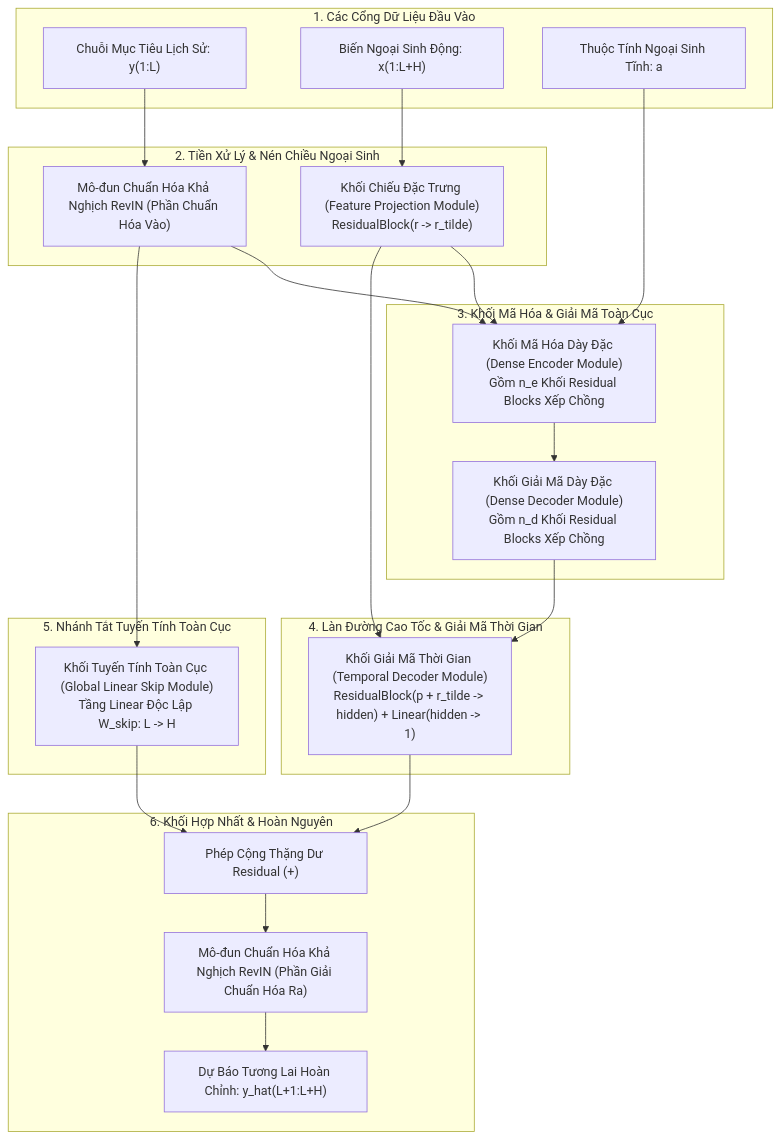
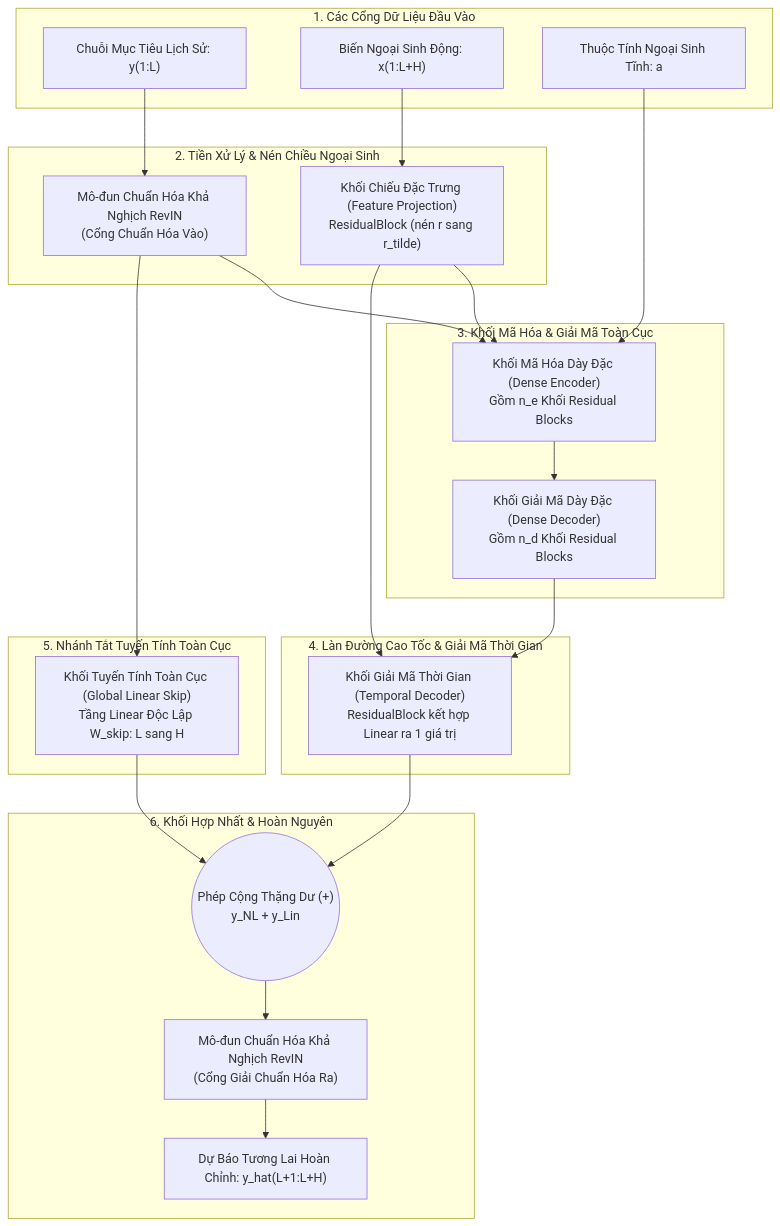
The first of 2 diagrams in tasks-Hieu/sprint-1/01_architecture_diagram.md (snowflake-vibing/Project-Experimental-TiDE), drawn with Mermaid before and after one commit. The commit also changed other lines of this file, not shown here.

Commit message:
fix(docs): standardize Mermaid linebreaks and wrap symbols in backtick math in 01_architecture_diagram.md

````diff
--- a/tasks-Hieu/sprint-1/01_architecture_diagram.md
+++ b/tasks-Hieu/sprint-1/01_architecture_diagram.md
@@ -37,50 +37,50 @@
 ```mermaid
 flowchart TD
     subgraph DauVao ["1. Các Cổng Dữ Liệu Đầu Vào"]
         Y["Chuỗi Mục Tiêu Lịch Sử: y(1:L)"]
         X["Biến Ngoại Sinh Động: x(1:L+H)"]
         A["Thuộc Tính Ngoại Sinh Tĩnh: a"]
     end
 
     subgraph MoDunTienXuLy ["2. Tiền Xử Lý & Nén Chiều Ngoại Sinh"]
-        RevIN_In["Mô-đun Chuẩn Hóa Khả Nghịch RevIN (Phần Chuẩn Hóa Vào)"]
-        FP["Khối Chiếu Đặc Trưng (Feature Projection Module)\nResidualBlock(r -> r_tilde)"]
+        RevIN_In["Mô-đun Chuẩn Hóa Khả Nghịch RevIN<br/>(Cổng Chuẩn Hóa Vào)"]
+        FP["Khối Chiếu Đặc Trưng (Feature Projection)<br/>ResidualBlock (nén r sang r_tilde)"]
     end
 
     subgraph MoDunCotLoi ["3. Khối Mã Hóa & Giải Mã Toàn Cục"]
-        Enc["Khối Mã Hóa Dày Đặc (Dense Encoder Module)\nGồm n_e Khối Residual Blocks Xếp Chồng"]
-        Dec["Khối Giải Mã Dày Đặc (Dense Decoder Module)\nGồm n_d Khối Residual Blocks Xếp Chồng"]
+        Enc["Khối Mã Hóa Dày Đặc (Dense Encoder)<br/>Gồm n_e Khối Residual Blocks"]
+        Dec["Khối Giải Mã Dày Đặc (Dense Decoder)<br/>Gồm n_d Khối Residual Blocks"]
     end
 
     subgraph MoDunGiaiMaThoiGian ["4. Làn Đường Cao Tốc & Giải Mã Thời Gian"]
-        TempDec["Khối Giải Mã Thời Gian (Temporal Decoder Module)\nResidualBlock(p + r_tilde -> hidden) + Linear(hidden -> 1)"]
+        TempDec["Khối Giải Mã Thời Gian (Temporal Decoder)<br/>ResidualBlock kết hợp Linear ra 1 giá trị"]
     end
 
     subgraph MoDunTuyenTinhSongSong ["5. Nhánh Tắt Tuyến Tính Toàn Cục"]
-        LinSkip["Khối Tuyến Tính Toàn Cục (Global Linear Skip Module)\nTầng Linear Độc Lập W_skip: L -> H"]
+        LinSkip["Khối Tuyến Tính Toàn Cục (Global Linear Skip)<br/>Tầng Linear Độc Lập W_skip: L sang H"]
     end
 
     subgraph MoDunHopNhat ["6. Khối Hợp Nhất & Hoàn Nguyên"]
-        Add["Phép Cộng Thặng Dư Residual (+)"]
-        RevIN_Out["Mô-đun Chuẩn Hóa Khả Nghịch RevIN (Phần Giải Chuẩn Hóa Ra)"]
+        Add(("Phép Cộng Thặng Dư (+)<br/>y_NL + y_Lin"))
+        RevIN_Out["Mô-đun Chuẩn Hóa Khả Nghịch RevIN<br/>(Cổng Giải Chuẩn Hóa Ra)"]
         YHat["Dự Báo Tương Lai Hoàn Chỉnh: y_hat(L+1:L+H)"]
     end
 
     Y --> RevIN_In
     X --> FP
     
     RevIN_In --> Enc
     FP --> Enc
     A --> Enc
     
     RevIN_In --> LinSkip
 
     Enc --> Dec
     Dec --> TempDec
     FP --> TempDec
 
     TempDec --> Add
     LinSkip --> Add
     Add --> RevIN_Out
     RevIN_Out --> YHat
 ```
````
